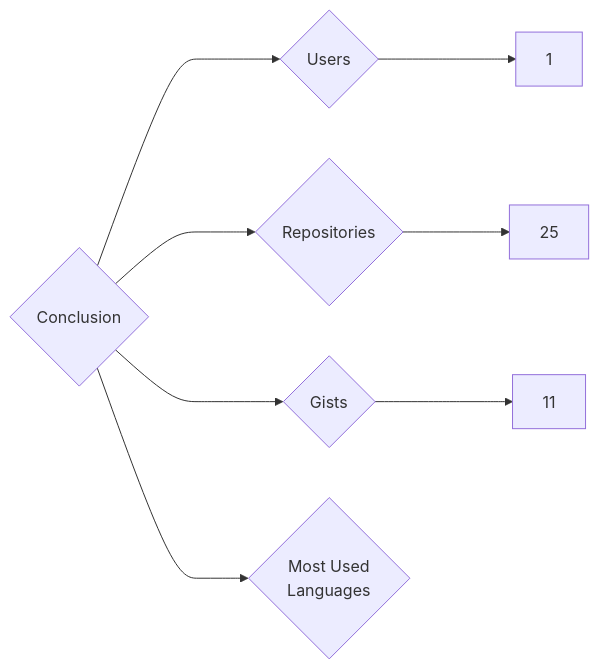
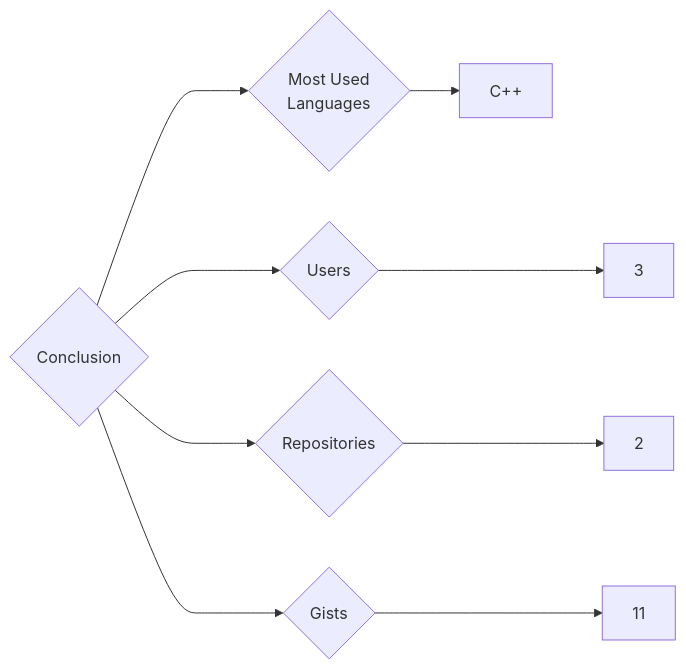
Before and after one commit to trickest/insiders: the diagram in targets/Conclusion/README.md, drawn with Mermaid. The commit also changed 840 other files, not shown here.

````diff
--- a/targets/Conclusion/README.md
+++ b/targets/Conclusion/README.md
@@ -3,8 +3,9 @@
 ```mermaid
 graph LR
 COMPANY_NAME{Conclusion}
-COMPANY_NAME ---> U{Users} ---> UN[1]
-COMPANY_NAME ---> R{Repositories} ---> RN[25]
+COMPANY_NAME ---> U{Users} ---> UN[3]
+COMPANY_NAME ---> R{Repositories} ---> RN[2]
 COMPANY_NAME ---> G{Gists} ---> GN[11]
 COMPANY_NAME ---> ML{Most Used<br>Languages}
+ML --> C++[C++]
 ```
````
